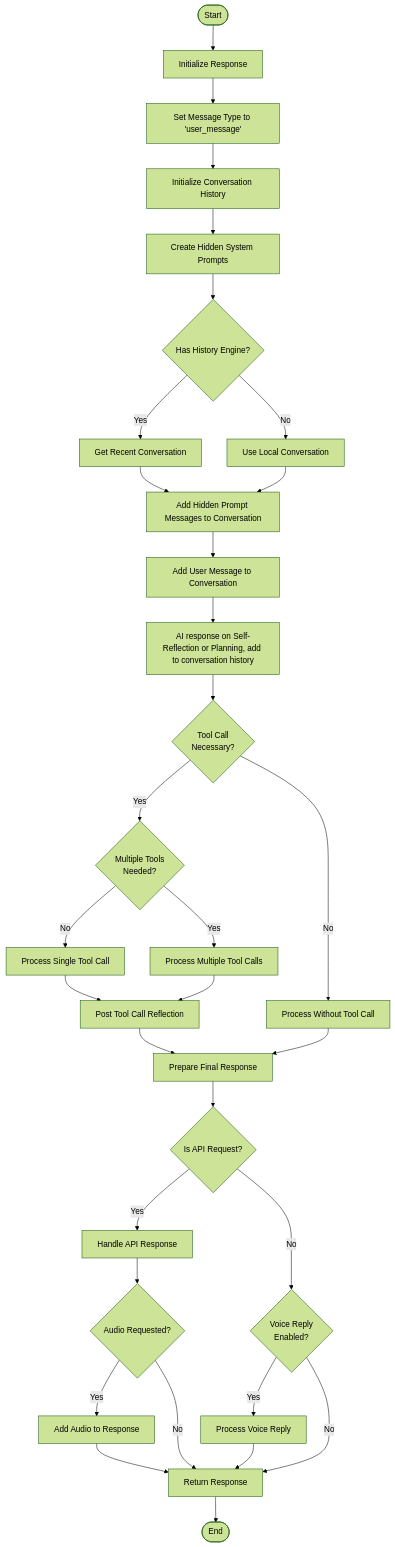
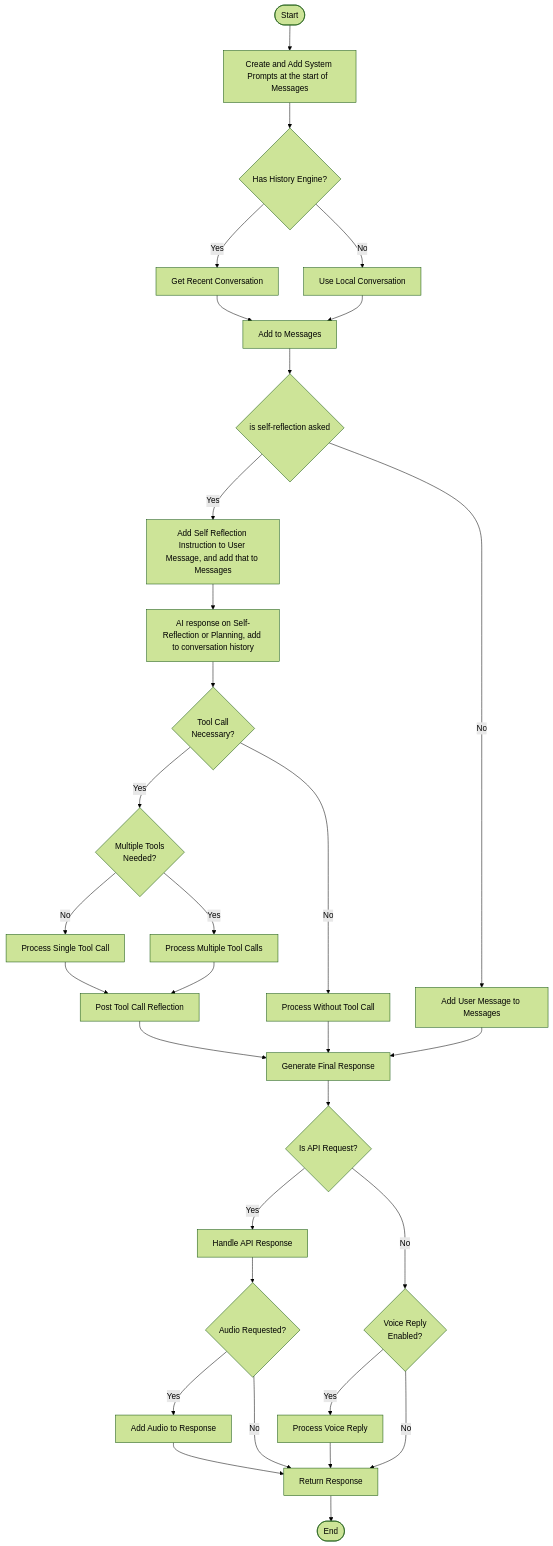
Before and after one commit to as99if/MyAI: the fifth of 5 diagrams in my_ai/src/core/my_ai_assistant.md, drawn with Mermaid (forest theme). The commit also changed 7 other files, not shown here.

````diff
--- a/my_ai/src/core/my_ai_assistant.md
+++ b/my_ai/src/core/my_ai_assistant.md
@@ -147,49 +147,52 @@
 ```mermaid
 flowchart TD
-    Start([Start]) --> InitResponse[Initialize Response]
-    InitResponse --> SetMsgType[Set Message Type to 'user_message']
-    SetMsgType --> InitHistory[Initialize Conversation History]
+    Start([Start]) --> CreateSystemPrompts[Create and Add System Prompts at the start of  Messages]
+
     
-    InitHistory --> CreatePrompts[Create Hidden System Prompts]
-    CreatePrompts --> HasHistoryEngine{Has History Engine?}
+    CreateSystemPrompts --> HasHistoryEngine{Has History Engine?}
     
     HasHistoryEngine -->|Yes| GetRecentConv[Get Recent Conversation]
     HasHistoryEngine -->|No| UseLocalConv[Use Local Conversation]
     
-    GetRecentConv --> AddSystemMsgs[Add Hidden Prompt Messages to Conversation]
-    UseLocalConv --> AddSystemMsgs
-    AddSystemMsgs --> AddUserMsg[Add User Message to Conversation]
+    GetRecentConv --> GotRecentConv[Add to Messages]
+    UseLocalConv --> GotRecentConv[Add to Messages]
+
+    GotRecentConv --> IsSelfRelectionNeeded{is self-reflection asked}
+
+    IsSelfRelectionNeeded -->|Yes| AddSystemMsgs[Add Self Reflection Instruction to User Message, and add that to Messages]
+    IsSelfRelectionNeeded -->|No| AddUserMsg[Add User Message to Messages]
     
-    AddUserMsg --> GenInitialResp[AI response on Self-Reflection or Planning, add to conversation history]
+    AddUserMsg --> PrepareResponse[Generate Final Response]
+    AddSystemMsgs --> GenInitialResp[AI response on Self-Reflection or Planning, add to conversation history]
     
     GenInitialResp --> IsToolCallNeeded{Tool Call<br>Necessary?}
     
     IsToolCallNeeded -->|Yes| IsMultiTool{Multiple Tools<br>Needed?}
     IsToolCallNeeded -->|No| ProceedWithoutTool[Process Without Tool Call]
     
     IsMultiTool -->|No| SingleToolCall[Process Single Tool Call]
     IsMultiTool -->|Yes| MultiToolCall[Process Multiple Tool Calls]
     
     SingleToolCall --> PostReflection[Post Tool Call Reflection]
     MultiToolCall --> PostReflection
     
-    PostReflection --> PrepareResponse[Prepare Final Response]
+    PostReflection --> PrepareResponse[Generate Final Response]
     ProceedWithoutTool --> PrepareResponse
     
     PrepareResponse --> IsApiRequest{Is API Request?}
     
     IsApiRequest -->|Yes| HandleApiResponse[Handle API Response]
     IsApiRequest -->|No| IsVoiceEnabled{Voice Reply<br>Enabled?}
     
     HandleApiResponse --> NeedsAudio{Audio Requested?}
     NeedsAudio -->|Yes| AddAudioResponse[Add Audio to Response]
     NeedsAudio -->|No| ReturnResponse[Return Response]
     
     IsVoiceEnabled -->|Yes| ProcessVoiceReply[Process Voice Reply]
     IsVoiceEnabled -->|No| ReturnResponse
     
     AddAudioResponse --> ReturnResponse
     ProcessVoiceReply --> ReturnResponse
     
     ReturnResponse --> End([End])
 ```
````
